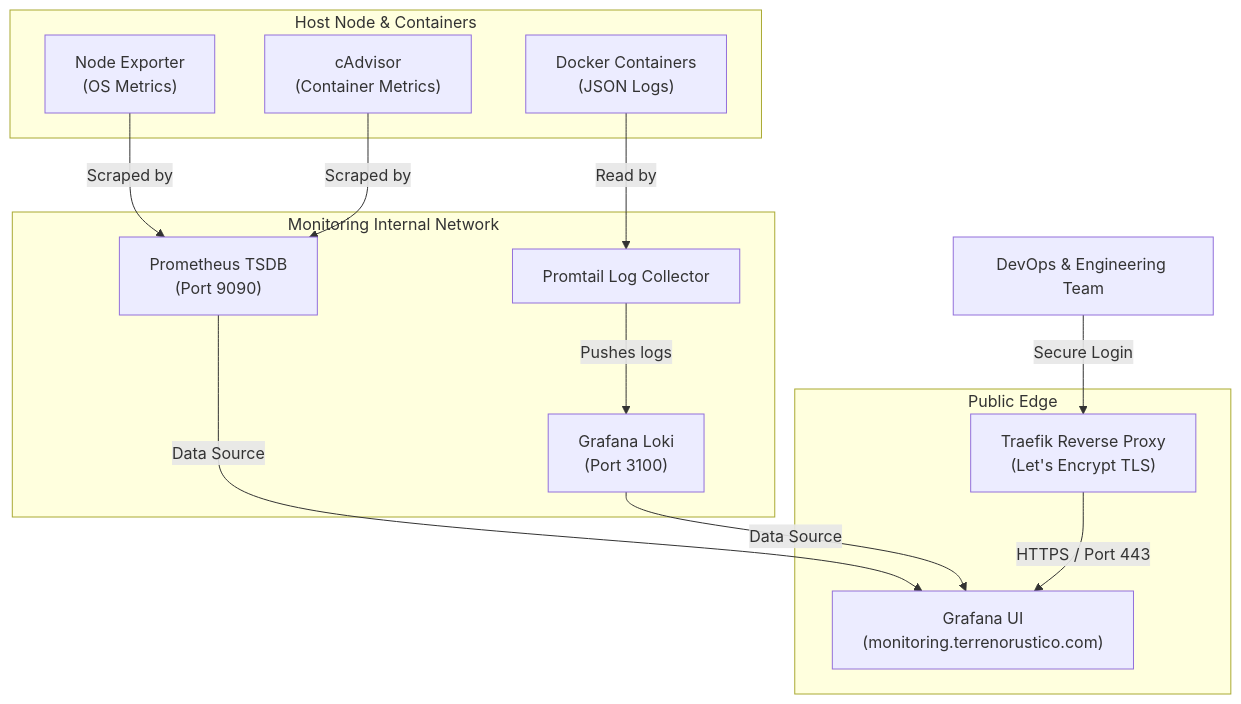
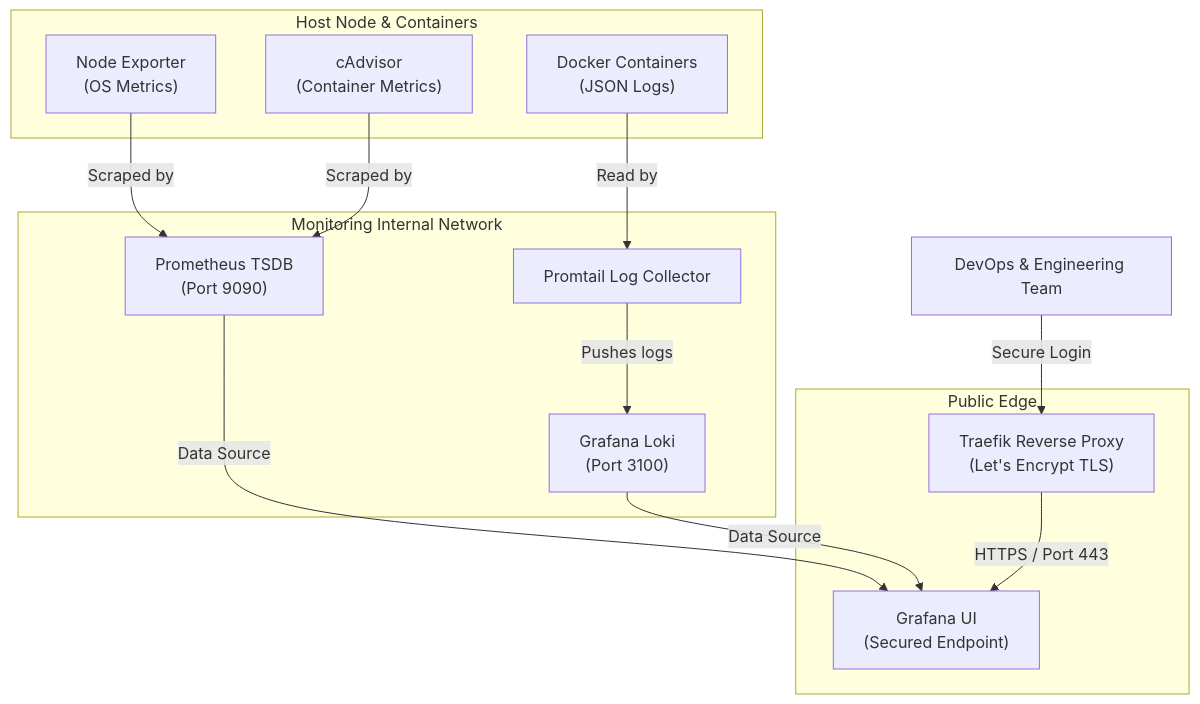
Before and after one commit to alfoncode/labitcode: the diagram in src/content/projects/terreno-rustico-monitoring.mdx, drawn with Mermaid. The commit also changed other lines of this file and 3 other files, not shown here.

Commit message:
docs(projects): add Grafana dashboard metrics snapshots and clarify V1 initial monitoring prototype baseline

````diff
--- a/src/content/projects/terreno-rustico-monitoring.mdx
+++ b/src/content/projects/terreno-rustico-monitoring.mdx
@@ -31,30 +59,30 @@
 ```mermaid
 graph TD
     subgraph Host Node & Containers
         NE["Node Exporter<br/>(OS Metrics)"]
         CA["cAdvisor<br/>(Container Metrics)"]
         CL["Docker Containers<br/>(JSON Logs)"]
     end
 
     subgraph Monitoring Internal Network
         PROM["Prometheus TSDB<br/>(Port 9090)"]
         LOKI["Grafana Loki<br/>(Port 3100)"]
         PT["Promtail Log Collector"]
     end
 
     subgraph Public Edge
         TR["Traefik Reverse Proxy<br/>(Let's Encrypt TLS)"]
-        GF["Grafana UI<br/>(monitoring.terrenorustico.com)"]
+        GF["Grafana UI<br/>(Secured Endpoint)"]
     end
 
     NE -->|Scraped by| PROM
     CA -->|Scraped by| PROM
     CL -->|Read by| PT
     PT -->|Pushes logs| LOKI
 
     PROM -->|Data Source| GF
     LOKI -->|Data Source| GF
 
     TR -->|HTTPS / Port 443| GF
     User["DevOps & Engineering Team"] -->|Secure Login| TR
 ```
````
